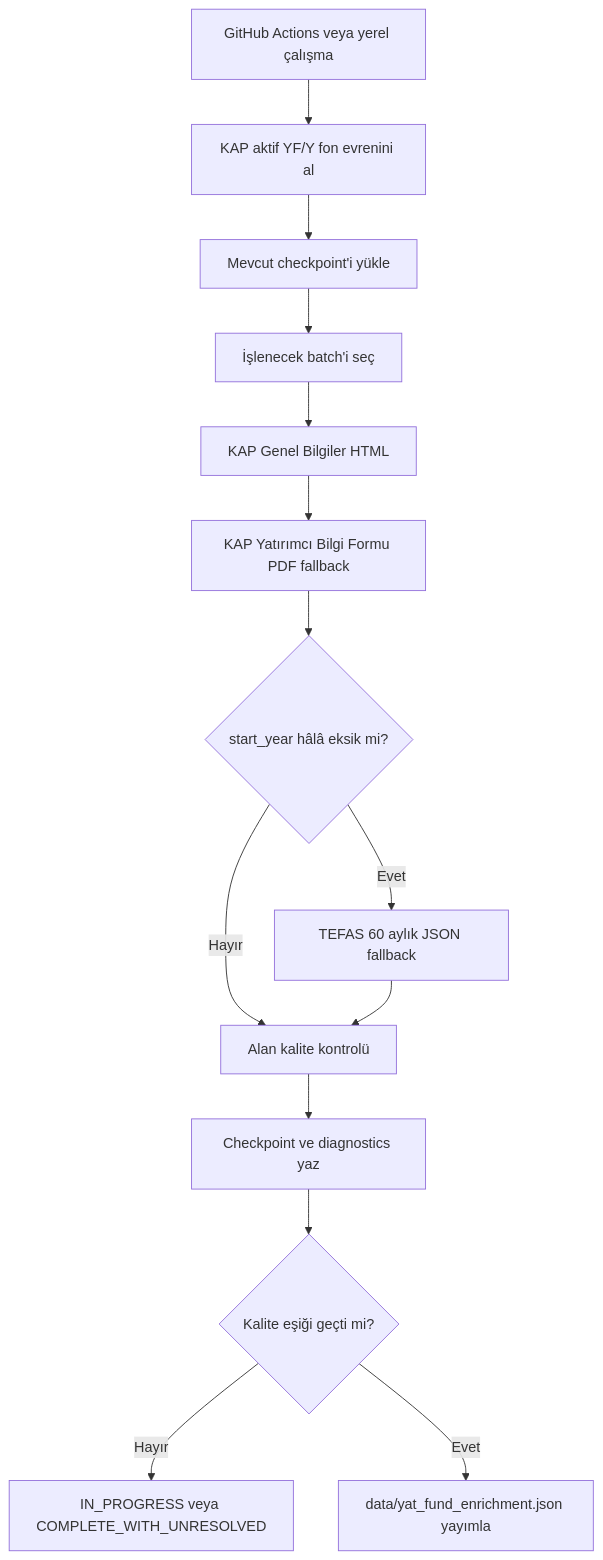
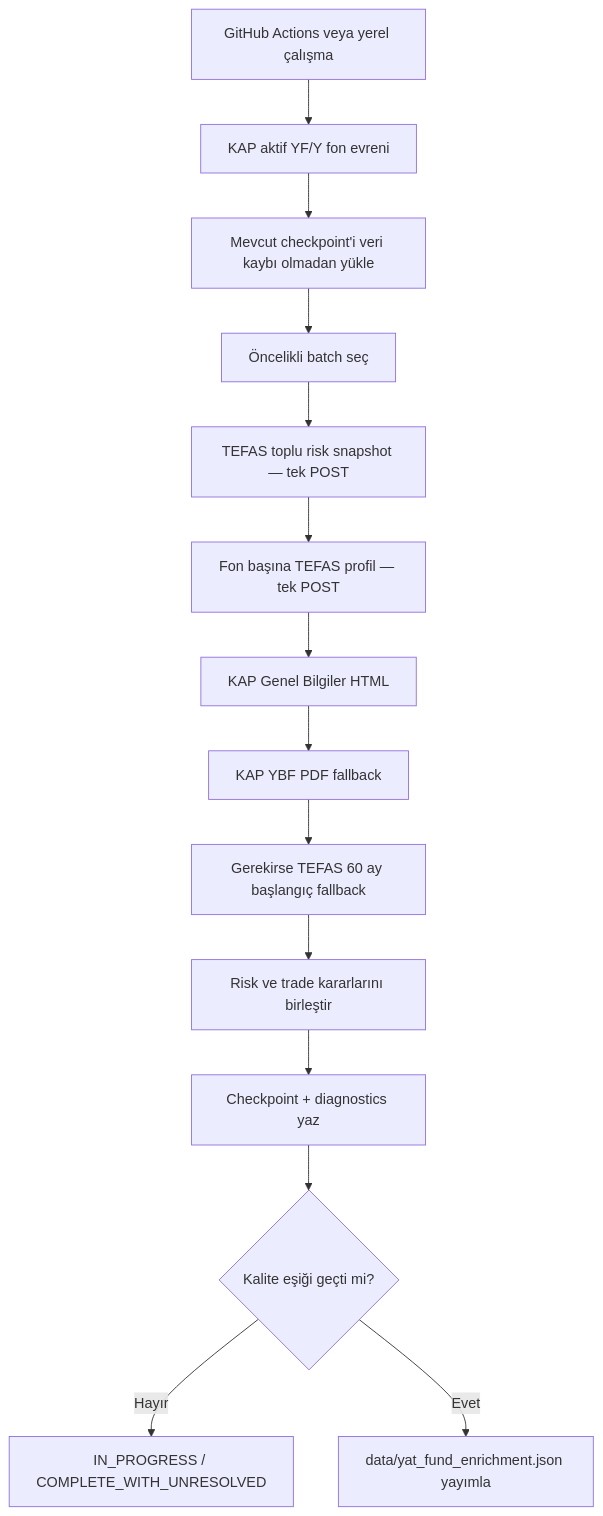
One commit to egemenkarabulut/PiyasaNabzi-KAP-YAT changed the first of 19 diagrams in README.md. Above: the diagram before and after it, drawn with Mermaid. The commit also changed other lines of this file and 8 other files, not shown here.

````diff
--- a/README.md
+++ b/README.md
@@ -16,16 +36,16 @@
 ```mermaid
 flowchart TD
-    A["GitHub Actions veya yerel çalışma"] --> B["KAP aktif YF/Y fon evrenini al"]
-    B --> C["Mevcut checkpoint'i yükle"]
-    C --> D["İşlenecek batch'i seç"]
-    D --> E["KAP Genel Bilgiler HTML"]
-    E --> F["KAP Yatırımcı Bilgi Formu PDF fallback"]
-    F --> G{"start_year hâlâ eksik mi?"}
-    G -- "Hayır" --> H["Alan kalite kontrolü"]
-    G -- "Evet" --> I["TEFAS 60 aylık JSON fallback"]
-    I --> H
-    H --> J["Checkpoint ve diagnostics yaz"]
-    J --> K{"Kalite eşiği geçti mi?"}
-    K -- "Hayır" --> L["IN_PROGRESS veya COMPLETE_WITH_UNRESOLVED"]
-    K -- "Evet" --> M["data/yat_fund_enrichment.json yayımla"]
+    A["GitHub Actions veya yerel çalışma"] --> B["KAP aktif YF/Y fon evreni"]
+    B --> C["Mevcut checkpoint'i veri kaybı olmadan yükle"]
+    C --> D["Öncelikli batch seç"]
+    D --> E["TEFAS toplu risk snapshot — tek POST"]
+    E --> F["Fon başına TEFAS profil — tek POST"]
+    F --> G["KAP Genel Bilgiler HTML"]
+    G --> H["KAP YBF PDF fallback"]
+    H --> I["Gerekirse TEFAS 60 ay başlangıç fallback"]
+    I --> J["Risk ve trade kararlarını birleştir"]
+    J --> K["Checkpoint + diagnostics yaz"]
+    K --> L{"Kalite eşiği geçti mi?"}
+    L -- "Hayır" --> M["IN_PROGRESS / COMPLETE_WITH_UNRESOLVED"]
+    L -- "Evet" --> N["data/yat_fund_enrichment.json yayımla"]
 ```
````
